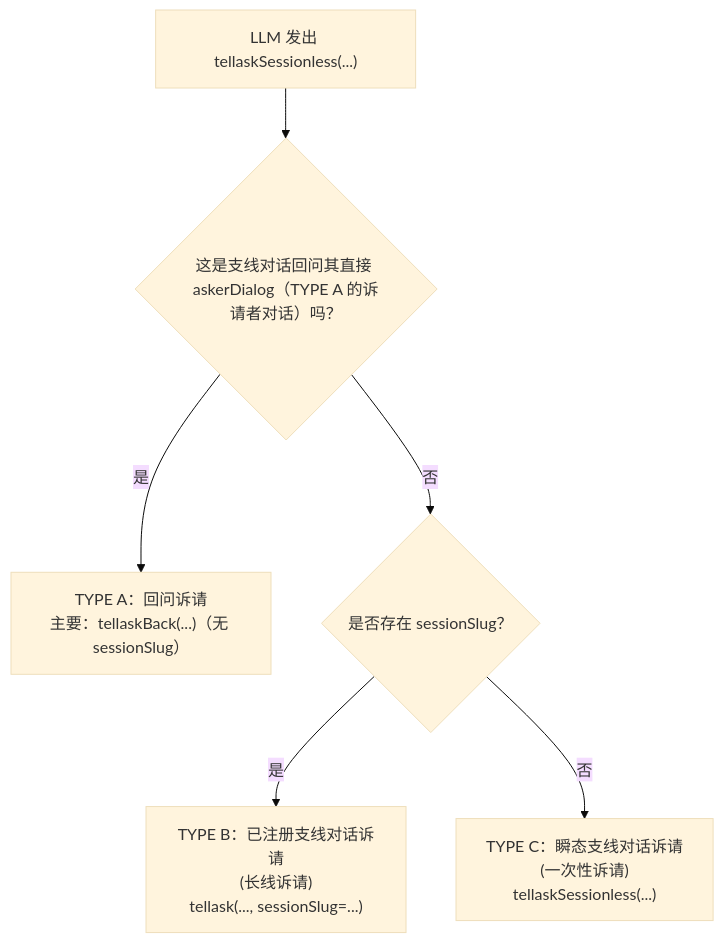
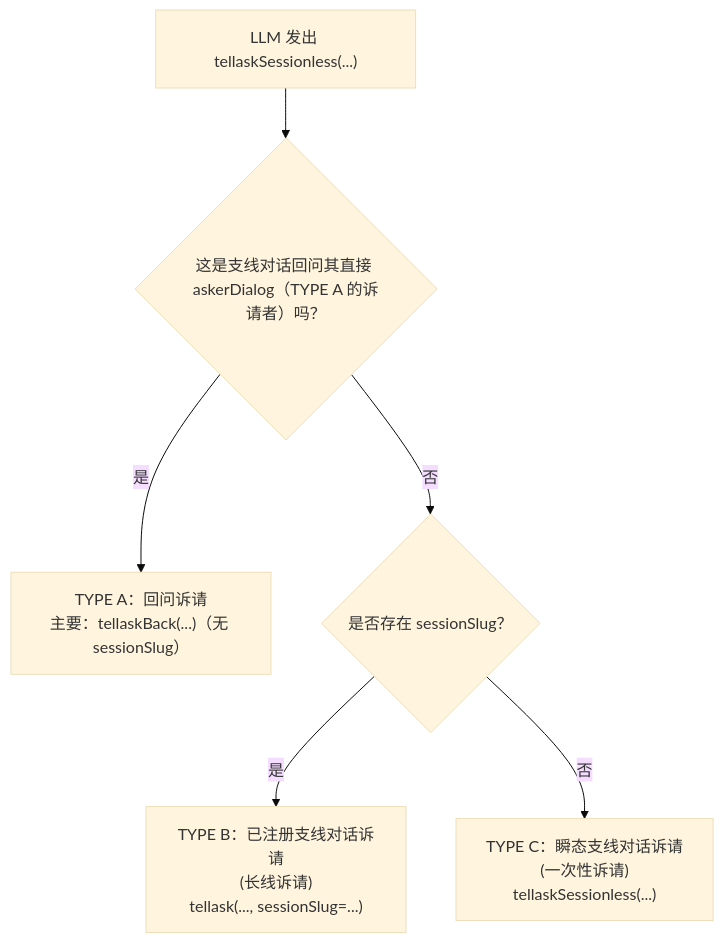
The first of 19 diagrams in docs/dialog-system.zh.md (longrun-ai/dominds), drawn with Mermaid (base theme) before and after one commit. The commit also changed other lines of this file and 105 other files, not shown here.

````diff
--- a/docs/dialog-system.zh.md
+++ b/docs/dialog-system.zh.md
@@ -212,8 +212,8 @@
 ```mermaid
 flowchart TD
-  M["LLM 发出 tellaskSessionless(...)"] --> Q{"这是支线对话回问其直接 askerDialog（TYPE A 的诉请者对话）吗？"}
+  M["LLM 发出 tellaskSessionless(...)"] --> Q{"这是支线对话回问其直接 askerDialog（TYPE A 的诉请者）吗？"}
   Q -- 是 --> A["TYPE A：回问诉请<br/>主要：tellaskBack(...)（无 sessionSlug）"]
   Q -- 否 --> T{是否存在 sessionSlug？}
   T -- 是 --> B["TYPE B：已注册支线对话诉请<br/>(长线诉请)<br/>tellask(..., sessionSlug=...)"]
   T -- 否 --> C["TYPE C：瞬态支线对话诉请<br/>(一次性诉请)<br/>tellaskSessionless(...)"]
 ```
````
